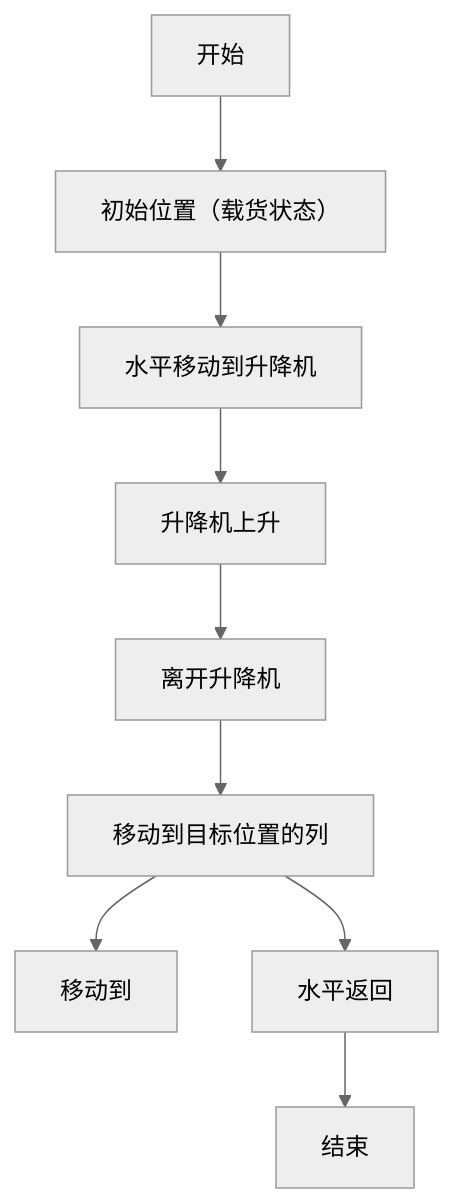
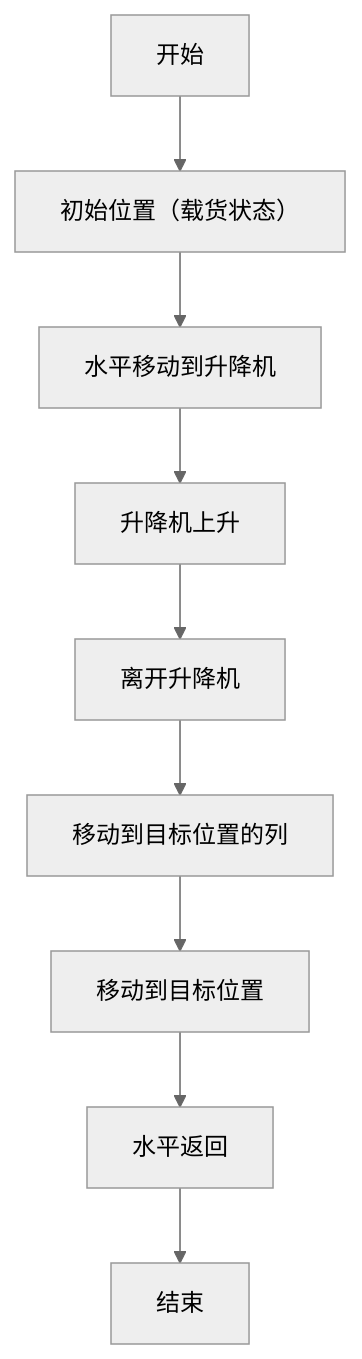
One commit to Mrmilu212/iodraw-files changed the diagram in all/未命名-1.md. Above: the diagram before and after it, drawn with Mermaid (neutral theme).

Commit message:
2025-05-20 14:52:17 update

````diff
--- a/all/未命名-1.md
+++ b/all/未命名-1.md
@@ -1,11 +1,11 @@
 ```mermaid
 graph TD
     A[开始] --> B[初始位置（载货状态）]
     B --> C[水平移动到升降机]
     C --> D[升降机上升]
     D --> E[离开升降机]
     E --> F[移动到目标位置的列]
-    F --> I[移动到]
-    F --> G[水平返回]
+    F --> I[移动到目标位置]
+    I --> G[水平返回]
     G --> H[结束]
 ```
````
